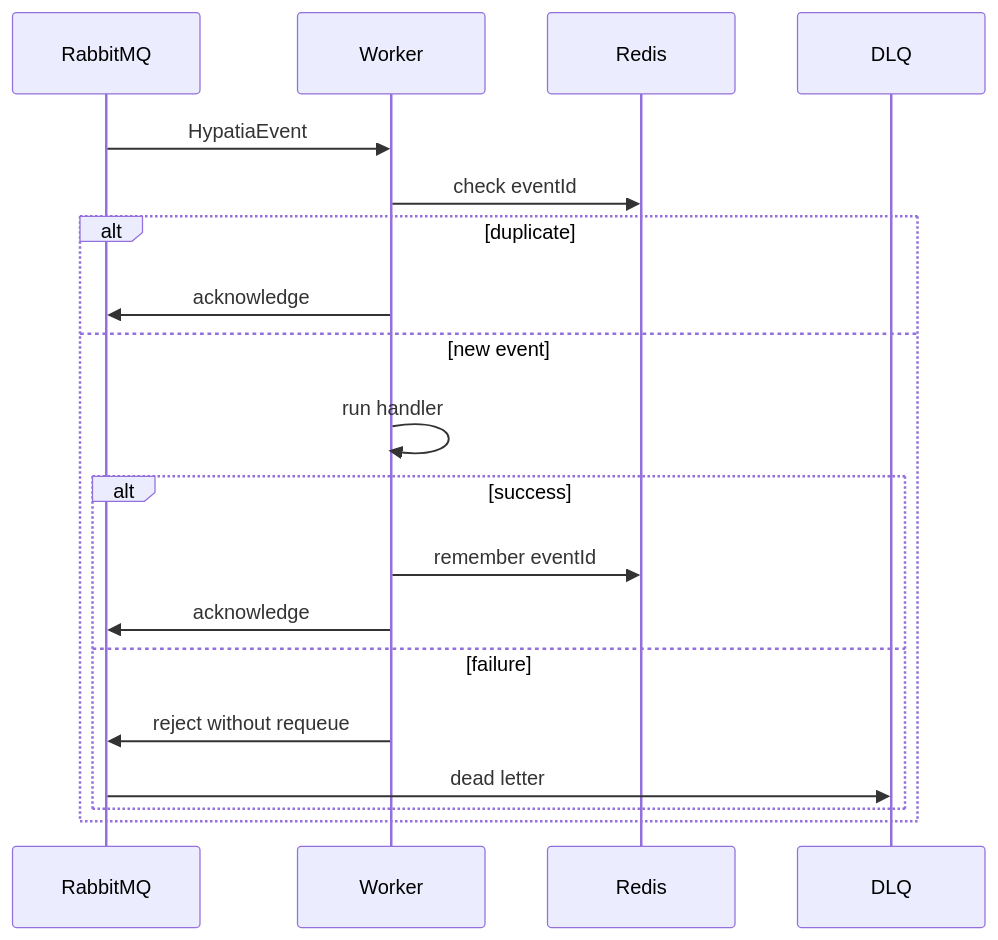
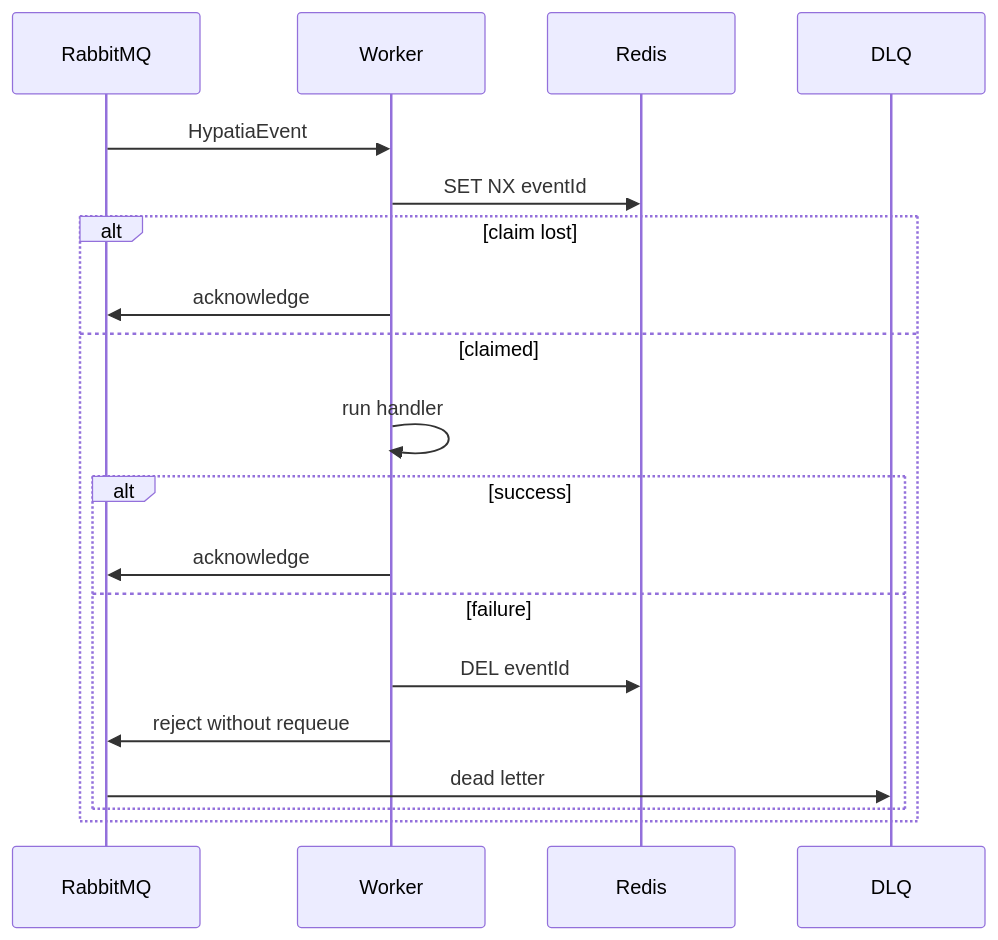
Before and after one commit to hypatiatecnologia/hypatia-nest-starter: the second of 2 diagrams in docs/onboarding/MAPA-MENTAL.md, drawn with Mermaid. The commit also changed other lines of this file and 25 other files, not shown here.

````diff
--- a/docs/onboarding/MAPA-MENTAL.md
+++ b/docs/onboarding/MAPA-MENTAL.md
@@ -23,22 +25,22 @@
 ```mermaid
 sequenceDiagram
   participant Broker as RabbitMQ
   participant Worker
   participant Redis
   participant DLQ
 
   Broker->>Worker: HypatiaEvent
-  Worker->>Redis: check eventId
-  alt duplicate
+  Worker->>Redis: SET NX eventId
+  alt claim lost
     Worker->>Broker: acknowledge
-  else new event
+  else claimed
     Worker->>Worker: run handler
     alt success
-      Worker->>Redis: remember eventId
       Worker->>Broker: acknowledge
     else failure
+      Worker->>Redis: DEL eventId
       Worker->>Broker: reject without requeue
       Broker->>DLQ: dead letter
     end
   end
 ```
````
